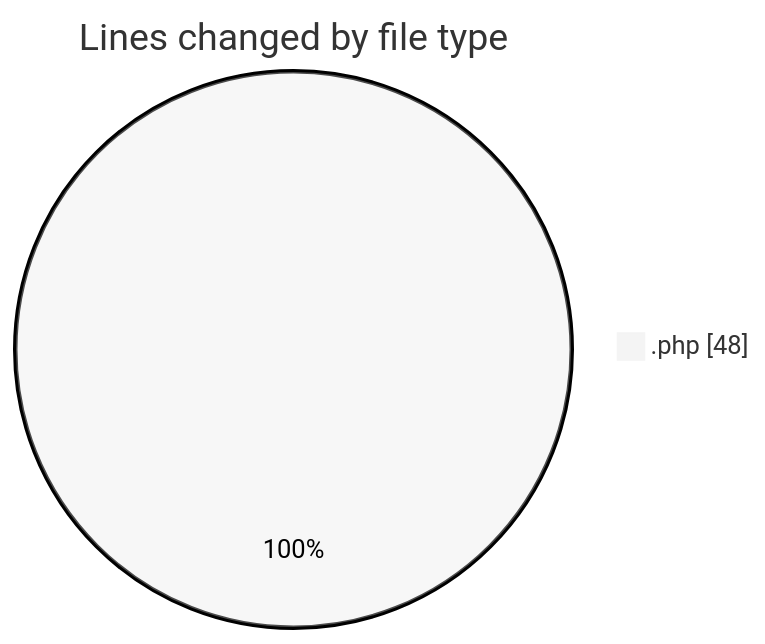
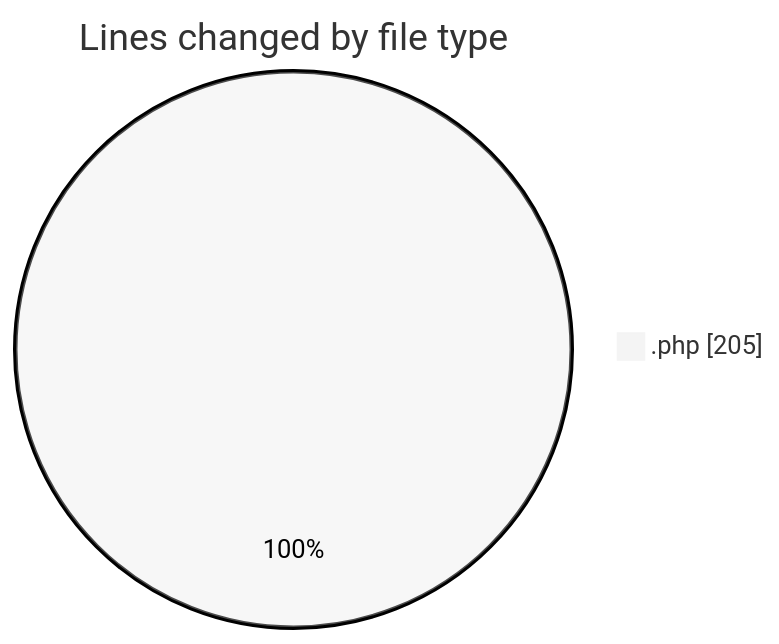
One commit to debugP/code-tracking changed the first of 2 diagrams in 2026-07-03/wp-content/README.md. Above: the diagram before and after it, drawn with Mermaid (neutral theme). The commit also changed other lines of this file and 1 other file, not shown here.

````diff
--- a/2026-07-03/wp-content/README.md
+++ b/2026-07-03/wp-content/README.md
@@ -20,5 +21,5 @@
 ```mermaid
 pie showData
 title Lines changed by file type
-".php" : 48
+".php" : 205
 ```
````
